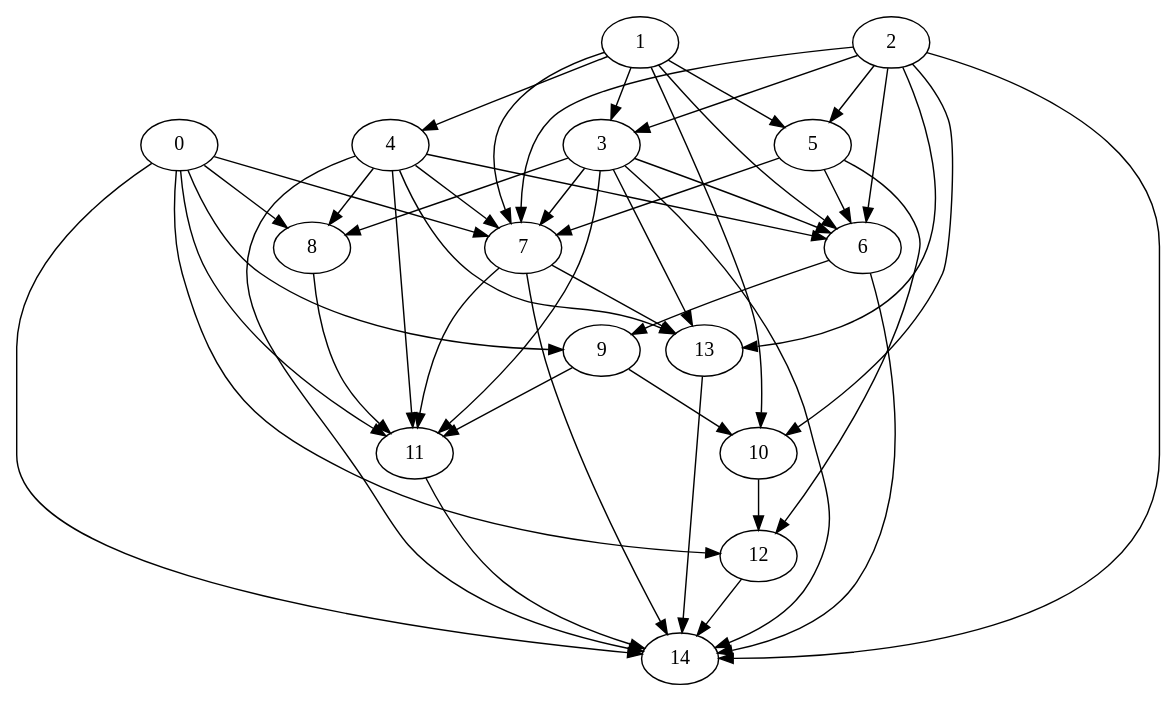
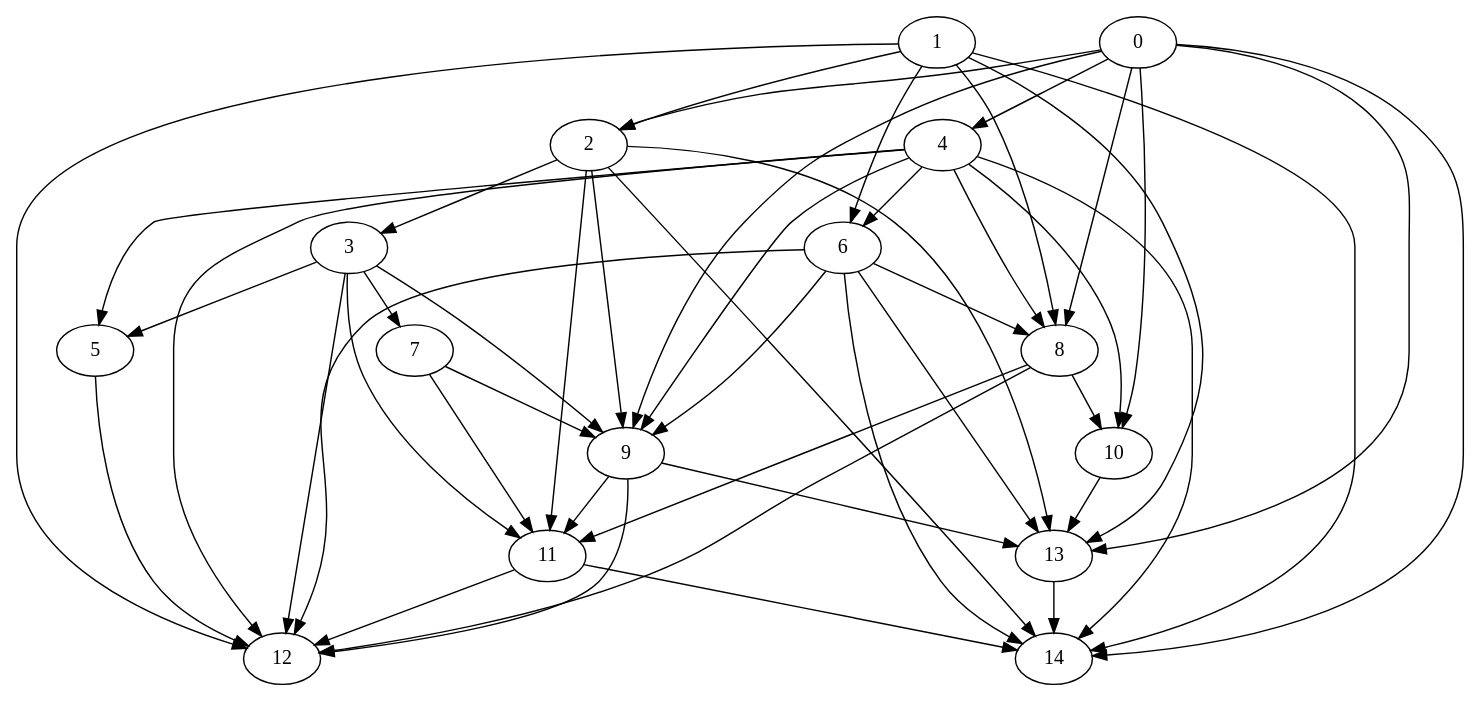
One commit to klv-codehub/Course3 changed the diagram in graph.dot. Above: the diagram before and after it, drawn with Graphviz. The commit also changed 4 other files, not shown here.

```diff
--- a/graph.dot
+++ b/graph.dot
@@ -1,48 +1,50 @@
 digraph {
-	0 -> 7;
+	0 -> 2;
+	0 -> 4;
 	0 -> 8;
 	0 -> 9;
-	0 -> 11;
-	0 -> 12;
+	0 -> 10;
+	0 -> 13;
 	0 -> 14;
-	1 -> 3;
-	1 -> 4;
-	1 -> 5;
+	1 -> 2;
 	1 -> 6;
-	1 -> 7;
-	1 -> 10;
+	1 -> 8;
+	1 -> 12;
+	1 -> 13;
+	1 -> 14;
 	2 -> 3;
-	2 -> 5;
-	2 -> 6;
-	2 -> 7;
-	2 -> 10;
+	2 -> 9;
+	2 -> 11;
 	2 -> 13;
 	2 -> 14;
-	3 -> 6;
+	3 -> 5;
 	3 -> 7;
-	3 -> 8;
+	3 -> 9;
 	3 -> 11;
-	3 -> 13;
-	3 -> 14;
+	3 -> 12;
+	4 -> 5;
 	4 -> 6;
-	4 -> 7;
 	4 -> 8;
-	4 -> 11;
-	4 -> 13;
+	4 -> 9;
+	4 -> 10;
+	4 -> 12;
 	4 -> 14;
-	5 -> 6;
-	5 -> 7;
 	5 -> 12;
+	6 -> 8;
 	6 -> 9;
+	6 -> 12;
+	6 -> 13;
 	6 -> 14;
+	7 -> 9;
 	7 -> 11;
-	7 -> 13;
-	7 -> 14;
+	8 -> 10;
 	8 -> 11;
-	9 -> 10;
+	8 -> 12;
 	9 -> 11;
-	10 -> 12;
+	9 -> 12;
+	9 -> 13;
+	10 -> 13;
+	11 -> 12;
 	11 -> 14;
-	12 -> 14;
 	13 -> 14;
 }
```
